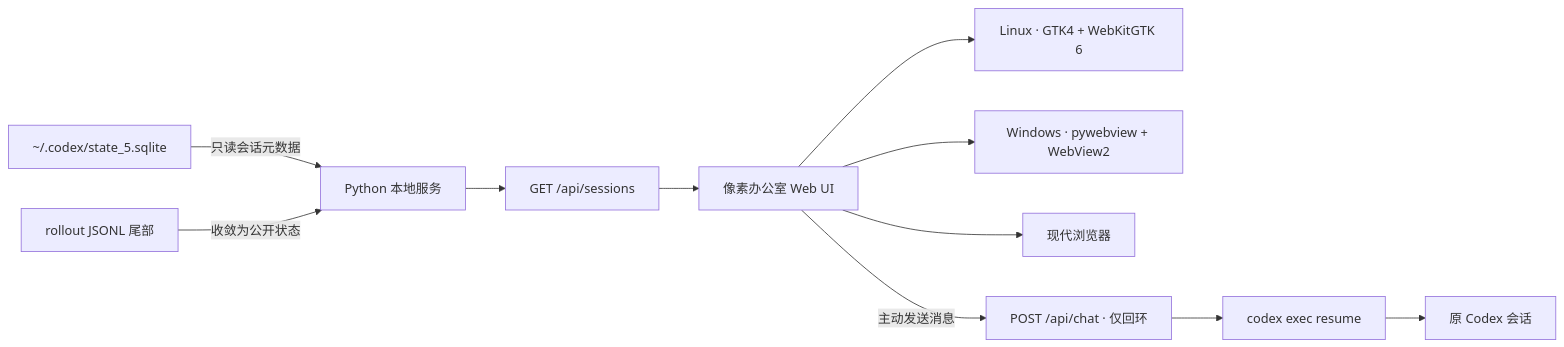
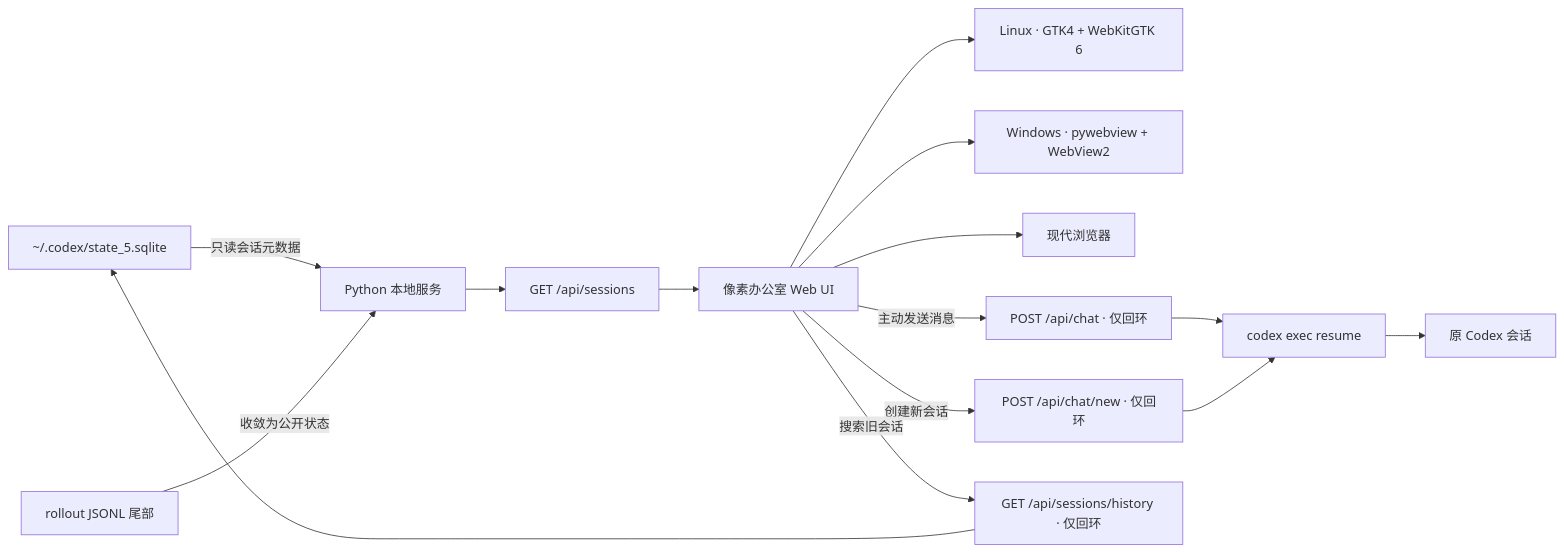
One commit to QianmoNai/codex-pixel-office changed the diagram in README.md. Above: the diagram before and after it, drawn with Mermaid. The commit also changed other lines of this file and 5 other files, not shown here.

````diff
--- a/README.md
+++ b/README.md
@@ -208,13 +209,17 @@
 ```mermaid
 flowchart LR
     DB["~/.codex/state_5.sqlite"] -->|只读会话元数据| Service["Python 本地服务"]
     Rollout["rollout JSONL 尾部"] -->|收敛为公开状态| Service
     Service --> Sessions["GET /api/sessions"]
     Sessions --> UI["像素办公室 Web UI"]
     UI --> LinuxDesktop["Linux · GTK4 + WebKitGTK 6"]
     UI --> WindowsDesktop["Windows · pywebview + WebView2"]
     UI --> Browser["现代浏览器"]
     UI -->|主动发送消息| Chat["POST /api/chat · 仅回环"]
+    UI -->|创建新会话| NewChat["POST /api/chat/new · 仅回环"]
+    UI -->|搜索旧会话| History["GET /api/sessions/history · 仅回环"]
     Chat --> CLI["codex exec resume"]
+    NewChat --> CLI
+    History --> DB
     CLI --> Original["原 Codex 会话"]
 ```
````
